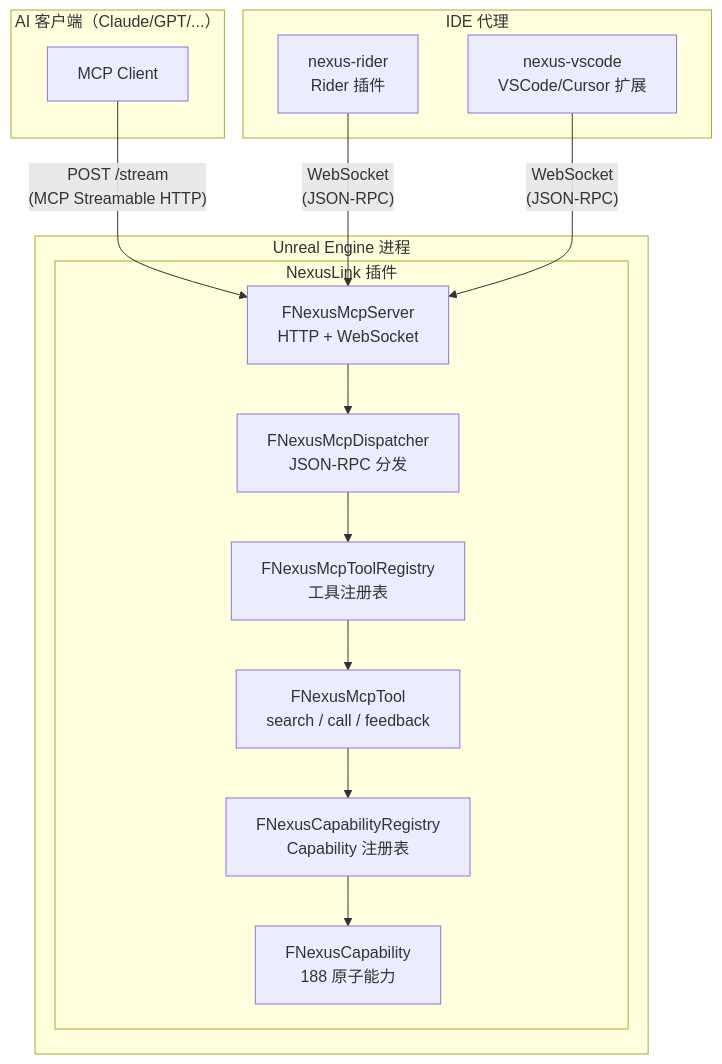
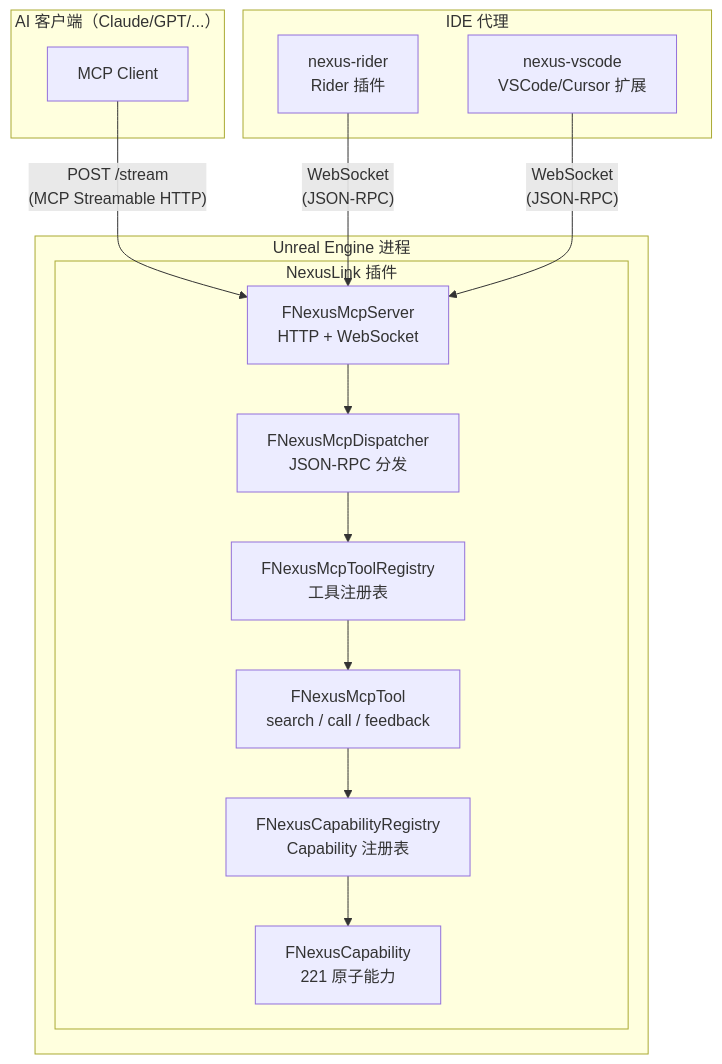
One commit to bytepine/NexusLink changed the first of 6 diagrams in docs/architecture.md. Above: the diagram before and after it, drawn with Mermaid. The commit also changed other lines of this file and 78 other files, not shown here.

````diff
--- a/docs/architecture.md
+++ b/docs/architecture.md
@@ -5,31 +5,31 @@
 ```mermaid
 graph TB
     subgraph AI["AI 客户端（Claude/GPT/...）"]
         MCP_Client[MCP Client]
     end
 
     subgraph IDE["IDE 代理"]
         Rider[nexus-rider<br>Rider 插件]
         VSCode[nexus-vscode<br>VSCode/Cursor 扩展]
     end
 
     subgraph UE["Unreal Engine 进程"]
         subgraph NexusLink["NexusLink 插件"]
             Server[FNexusMcpServer<br>HTTP + WebSocket]
             Dispatcher[FNexusMcpDispatcher<br>JSON-RPC 分发]
             ToolRegistry[FNexusMcpToolRegistry<br>工具注册表]
             CapRegistry[FNexusCapabilityRegistry<br>Capability 注册表]
             Tools[FNexusMcpTool<br>search / call / feedback]
-            Caps[FNexusCapability<br>188 原子能力]
+            Caps[FNexusCapability<br>221 原子能力]
         end
     end
 
     MCP_Client -->|"POST /stream<br>(MCP Streamable HTTP)"| Server
     Rider -->|"WebSocket<br>(JSON-RPC)"| Server
     VSCode -->|"WebSocket<br>(JSON-RPC)"| Server
     Server --> Dispatcher
     Dispatcher --> ToolRegistry
     ToolRegistry --> Tools
     Tools --> CapRegistry
     CapRegistry --> Caps
 ```
````
